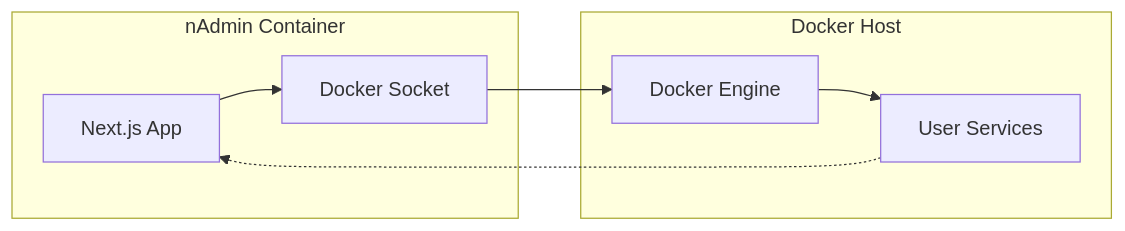
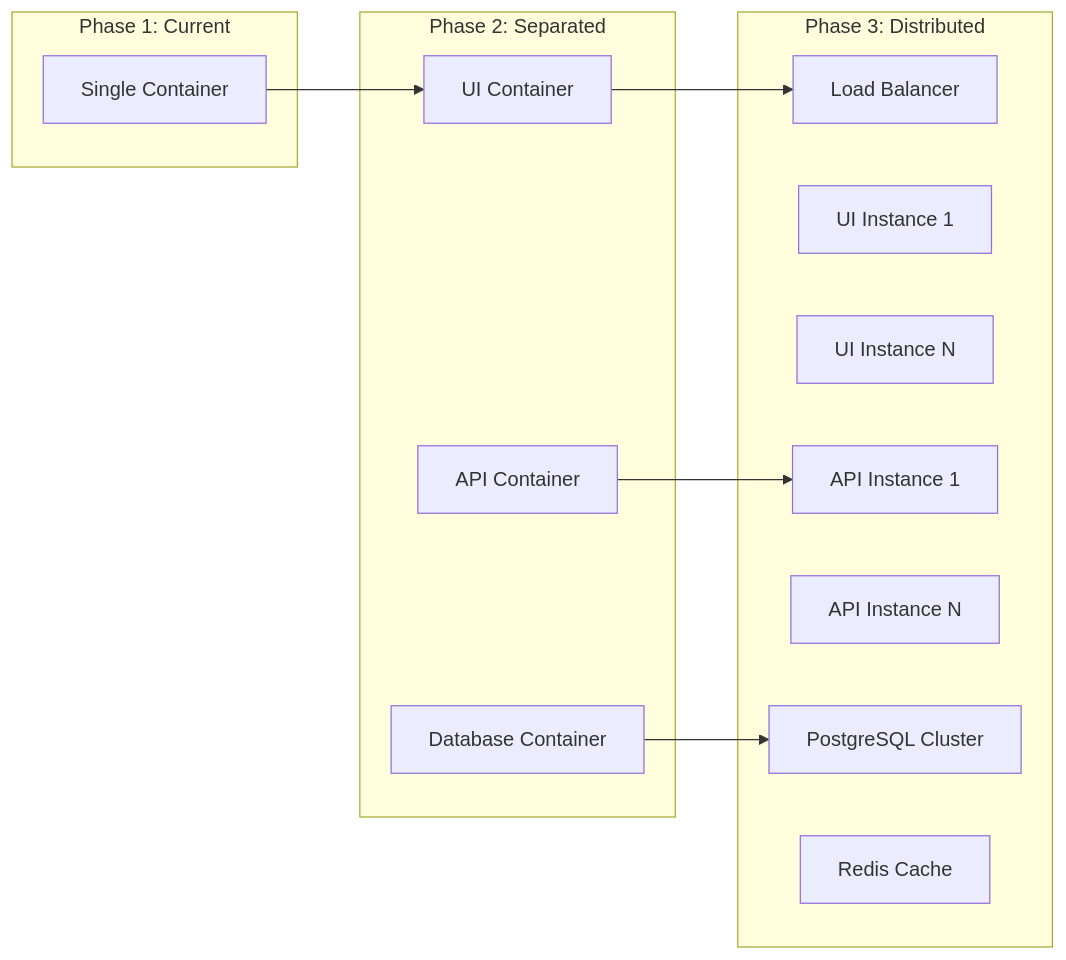
Before and after one commit to acamarata/nself-admin: the fifth of 5 diagrams in docs/Architecture.md, drawn with Mermaid. The commit also changed other lines of this file and 9 other files, not shown here.

````diff
--- a/docs/Architecture.md
+++ b/docs/Architecture.md
@@ -455,17 +469,27 @@
 ```mermaid
 graph LR
-    subgraph "nAdmin Container"
-        App[Next.js App]
-        Socket[Docker Socket]
+    subgraph "Phase 1: Current"
+        Single[Single Container]
     end
 
-    subgraph "Docker Host"
-        Engine[Docker Engine]
-        Services[User Services]
+    subgraph "Phase 2: Separated"
+        UI2[UI Container]
+        API2[API Container]
+        DB2[Database Container]
     end
 
-    App --> Socket
-    Socket --> Engine
-    Engine --> Services
-    Services -.-> App
+    subgraph "Phase 3: Distributed"
+        LB[Load Balancer]
+        UI3a[UI Instance 1]
+        UI3b[UI Instance N]
+        API3a[API Instance 1]
+        API3b[API Instance N]
+        PG[PostgreSQL Cluster]
+        Redis[Redis Cache]
+    end
+
+    Single --> UI2
+    UI2 --> LB
+    API2 --> API3a
+    DB2 --> PG
 ```
````
